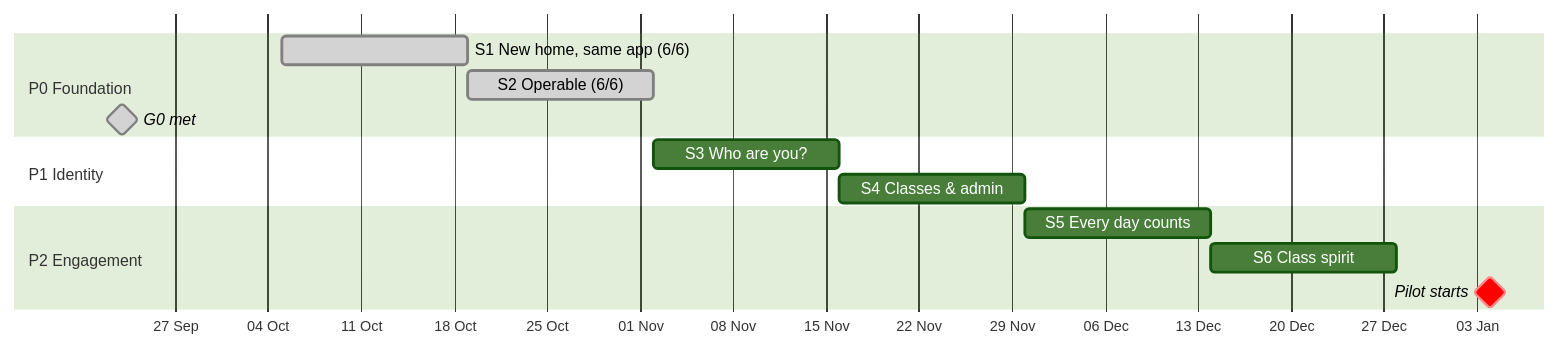
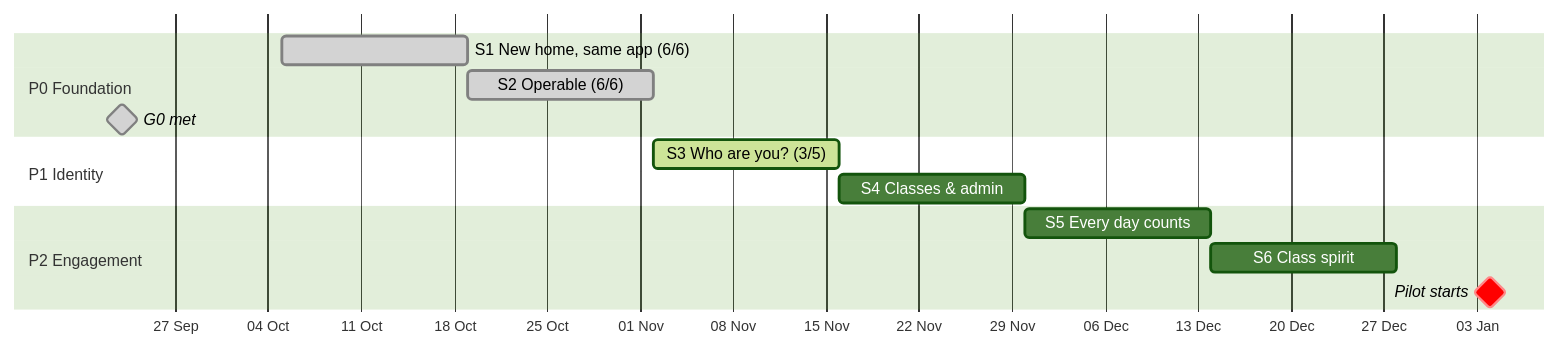
The first of 2 diagrams in docs/plan/sprint-plan.md (Sira-Labs/Suffa), drawn with Mermaid (forest theme) before and after one commit. The commit also changed other lines of this file and 1 other file, not shown here.

````diff
--- a/docs/plan/sprint-plan.md
+++ b/docs/plan/sprint-plan.md
@@ -17,17 +17,17 @@
 ```mermaid
 gantt
   dateFormat YYYY-MM-DD
   axisFormat %d %b
   todayMarker on
   section P0 Foundation
   S1 New home, same app (6/6)        :done, s1, 2026-10-05, 14d
   S2 Operable (6/6)                  :done, s2, after s1, 14d
   G0 met                             :milestone, done, g0, 2026-09-23, 0d
   section P1 Identity
-  S3 Who are you?                    :s3, after s2, 14d
+  S3 Who are you? (3/5)              :active, s3, after s2, 14d
   S4 Classes & admin                 :s4, after s3, 14d
   section P2 Engagement
   S5 Every day counts               :s5, after s4, 14d
   S6 Class spirit                    :s6, after s5, 14d
   Pilot starts                       :milestone, crit, pilot, 2027-01-04, 0d
 ```
````
